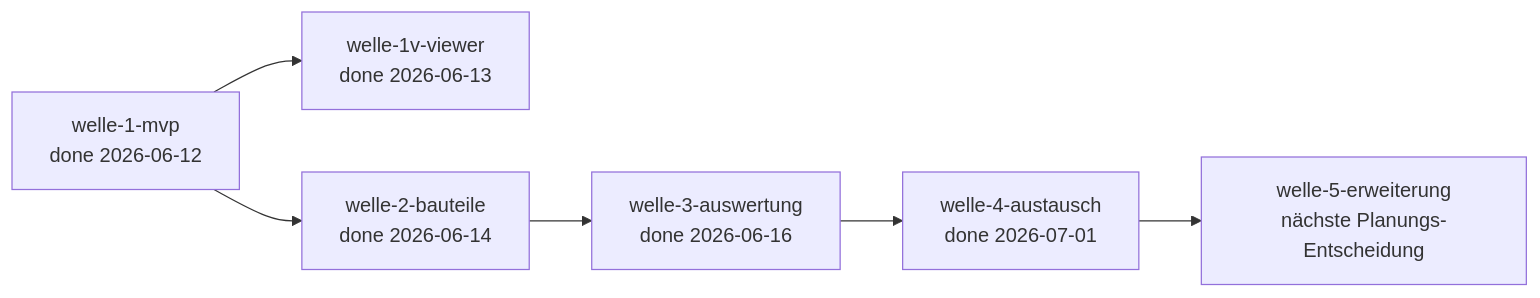
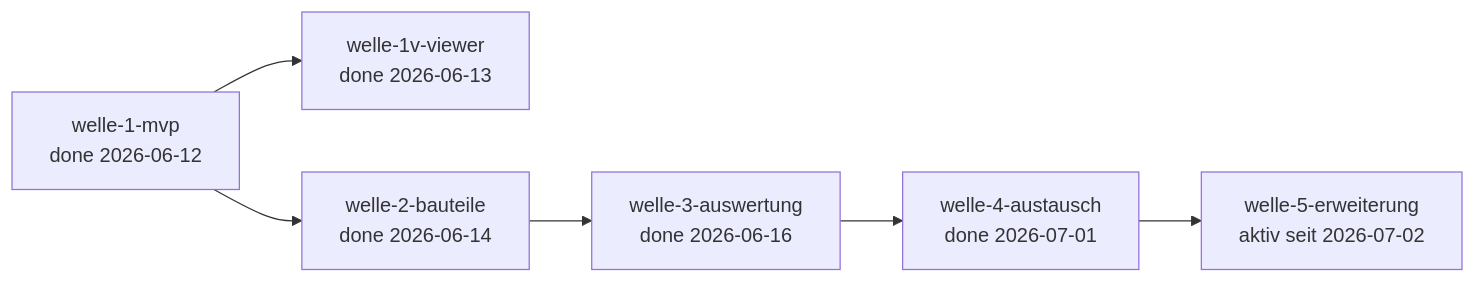
One commit to pt9912/b-cad changed the diagram in docs/plan/planning/in-progress/roadmap.md. Above: the diagram before and after it, drawn with Mermaid. The commit also changed other lines of this file, not shown here.

First line of the commit message:
docs(plan): welle-5-erweiterung gestartet — Roadmap auf aktuelle Welle M5

````diff
--- a/docs/plan/planning/in-progress/roadmap.md
+++ b/docs/plan/planning/in-progress/roadmap.md
@@ -214,12 +90,12 @@
 ```mermaid
 flowchart LR
     W1[welle-1-mvp<br/>done 2026-06-12]
     W1V[welle-1v-viewer<br/>done 2026-06-13]
     W2[welle-2-bauteile<br/>done 2026-06-14]
     W3[welle-3-auswertung<br/>done 2026-06-16]
     W4[welle-4-austausch<br/>done 2026-07-01]
-    W5[welle-5-erweiterung<br/>nächste Planungs-Entscheidung]
+    W5[welle-5-erweiterung<br/>aktiv seit 2026-07-02]
 
     W1 --> W1V
     W1 --> W2 --> W3 --> W4 --> W5
 ```
````
